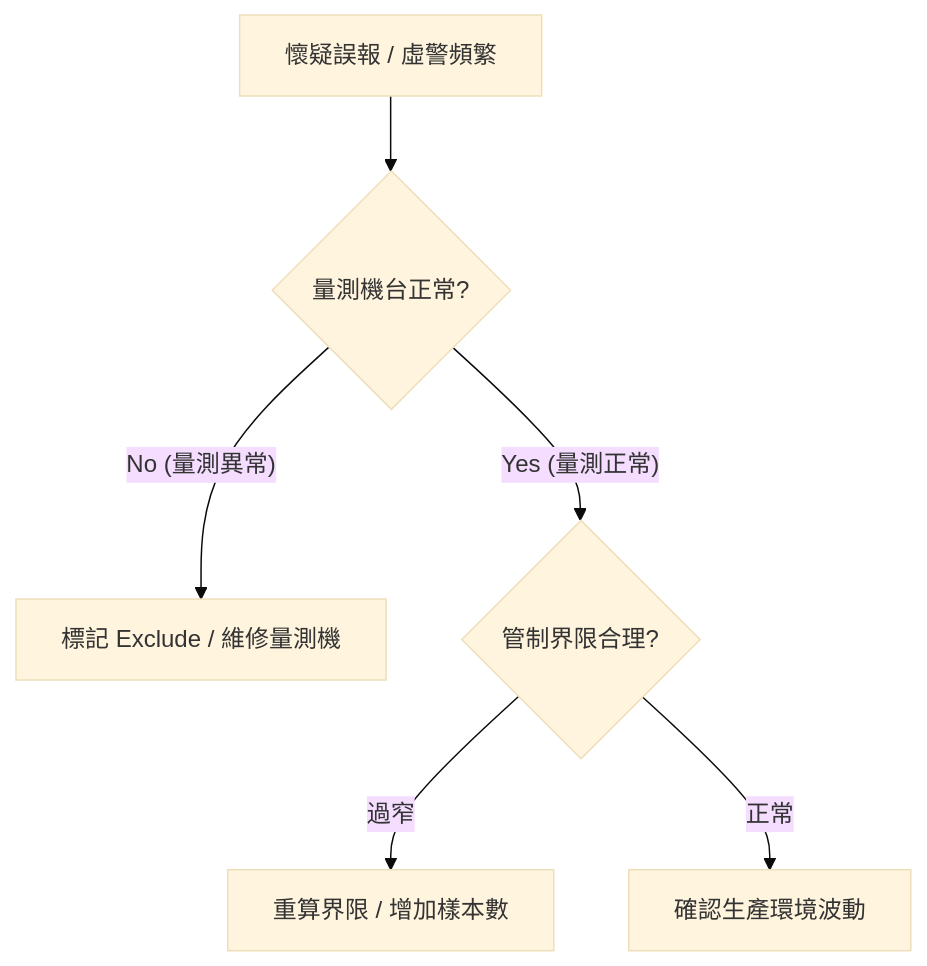
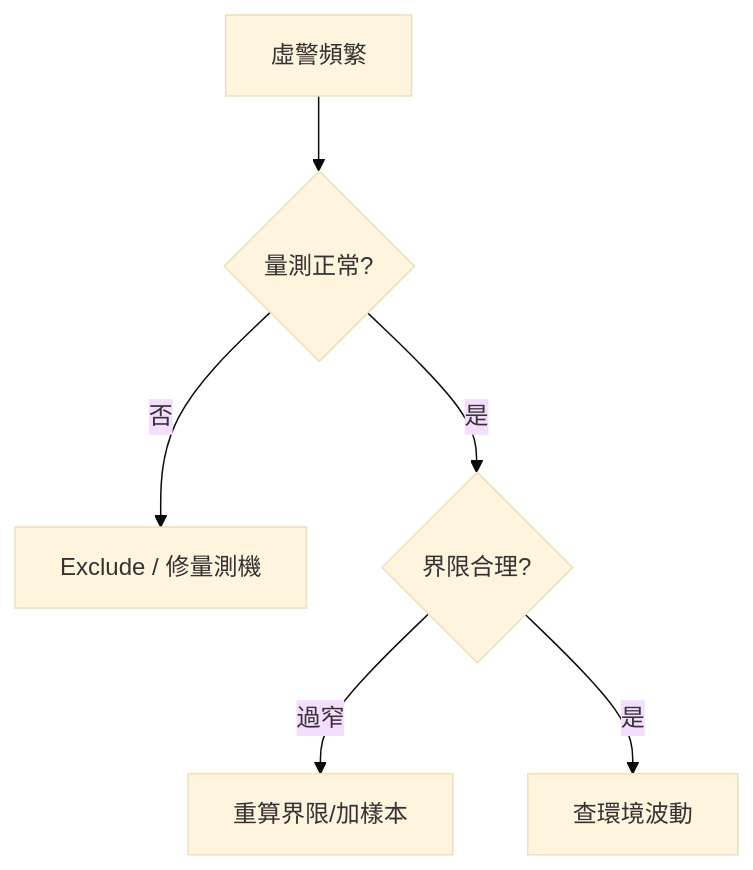
Before and after one commit to LonelyYeezhiChicken/chicken-personal: the diagram in docs/spc/exception-handling/alert-suppression.md, drawn with Mermaid (base theme). The commit also changed other lines of this file and 25 other files, not shown here.

````diff
--- a/docs/spc/exception-handling/alert-suppression.md
+++ b/docs/spc/exception-handling/alert-suppression.md
@@ -19,8 +36,8 @@
 ```mermaid
 flowchart TD
-    False[懷疑誤報 / 虛警頻繁] --> CheckMet{量測機台正常?}
-    CheckMet -- "No (量測異常)" --> MetErr[標記 Exclude / 維修量測機]
-    CheckMet -- "Yes (量測正常)" --> CheckLim{管制界限合理?}
-    CheckLim -- "過窄" --> Recalc[重算界限 / 增加樣本數]
-    CheckLim -- "正常" --> CheckEnv[確認生產環境波動]
+  False[虛警頻繁] --> Met{量測正常?}
+  Met -->|否| Exclude[Exclude / 修量測機]
+  Met -->|是| Lim{界限合理?}
+  Lim -->|過窄| Recalc[重算界限/加樣本]
+  Lim -->|是| Env[查環境波動]
 ```
````
